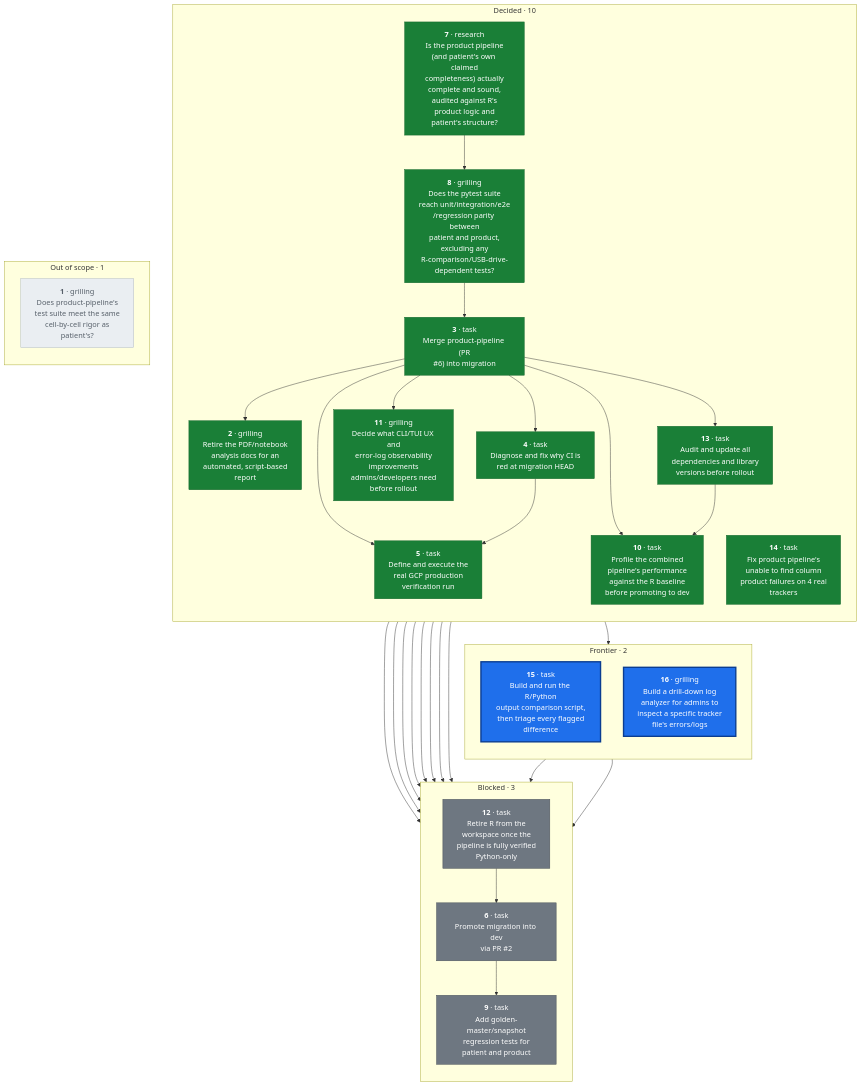
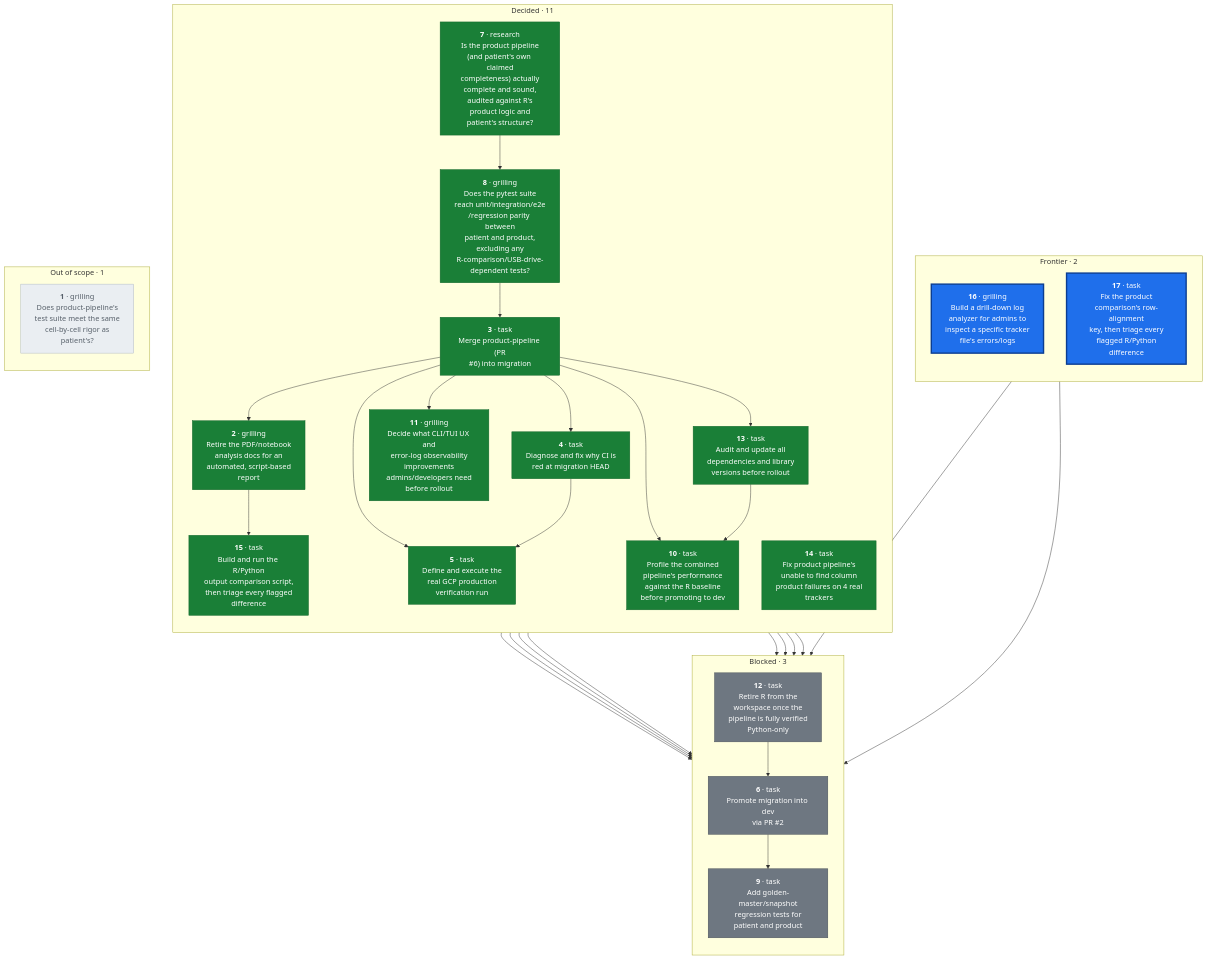
One commit to CorrelAid/a4d changed the diagram in docs/wayfinder/graph.mmd. Above: the diagram before and after it, drawn with Mermaid. The commit also changed 13 other files, not shown here.

First line of the commit message:
Build R/Python output comparison script; find product row-alignment bug (ticket 15)

```diff
--- a/docs/wayfinder/graph.mmd
+++ b/docs/wayfinder/graph.mmd
@@ -1,62 +1,63 @@
 flowchart TD
   subgraph FRONTIER["Frontier · 2"]
     direction TB
-    T15["<b>15</b> · task<br/>Build and run the R/Python<br/>output comparison script,<br/>then triage every flagged<br/>difference"]
     T16["<b>16</b> · grilling<br/>Build a drill-down log<br/>analyzer for admins to<br/>inspect a specific tracker<br/>file's errors/logs"]
+    T17["<b>17</b> · task<br/>Fix the product<br/>comparison's row-alignment<br/>key, then triage every<br/>flagged R/Python<br/>difference"]
   end
   subgraph BLOCKED["Blocked · 3"]
     direction TB
     T6["<b>6</b> · task<br/>Promote migration into dev<br/>via PR #2"]
     T9["<b>9</b> · task<br/>Add golden-master/snapshot<br/>regression tests for<br/>patient and product"]
     T12["<b>12</b> · task<br/>Retire R from the<br/>workspace once the<br/>pipeline is fully verified<br/>Python-only"]
   end
-  subgraph DECIDED["Decided · 10"]
+  subgraph DECIDED["Decided · 11"]
     direction TB
     T2["<b>2</b> · grilling<br/>Retire the PDF/notebook<br/>analysis docs for an<br/>automated, script-based<br/>report"]
     T3["<b>3</b> · task<br/>Merge product-pipeline (PR<br/>#6) into migration"]
     T4["<b>4</b> · task<br/>Diagnose and fix why CI is<br/>red at migration HEAD"]
     T5["<b>5</b> · task<br/>Define and execute the<br/>real GCP production<br/>verification run"]
     T7["<b>7</b> · research<br/>Is the product pipeline<br/>(and patient's own claimed<br/>completeness) actually<br/>complete and sound,<br/>audited against R's<br/>product logic and<br/>patient's structure?"]
     T8["<b>8</b> · grilling<br/>Does the pytest suite<br/>reach unit/integration/e2e<br/>/regression parity between<br/>patient and product,<br/>excluding any<br/>R-comparison/USB-drive-<br/>dependent tests?"]
     T10["<b>10</b> · task<br/>Profile the combined<br/>pipeline's performance<br/>against the R baseline<br/>before promoting to dev"]
     T11["<b>11</b> · grilling<br/>Decide what CLI/TUI UX and<br/>error-log observability<br/>improvements<br/>admins/developers need<br/>before rollout"]
     T13["<b>13</b> · task<br/>Audit and update all<br/>dependencies and library<br/>versions before rollout"]
     T14["<b>14</b> · task<br/>Fix product pipeline's<br/>unable to find column<br/>product failures on 4 real<br/>trackers"]
+    T15["<b>15</b> · task<br/>Build and run the R/Python<br/>output comparison script,<br/>then triage every flagged<br/>difference"]
   end
   subgraph DROPPED["Out of scope · 1"]
     direction TB
     T1["<b>1</b> · grilling<br/>Does product-pipeline's<br/>test suite meet the same<br/>cell-by-cell rigor as<br/>patient's?"]
   end
 
   T2 --> T15
   T3 --> T2
   T3 --> T4
   T3 --> T5
   T3 --> T6
   T3 --> T10
   T3 --> T11
   T3 --> T13
   T4 --> T5
   T4 --> T6
   T5 --> T6
   T6 --> T9
   T7 --> T8
   T8 --> T3
   T8 --> T6
   T10 --> T6
   T11 --> T6
   T12 --> T6
   T13 --> T6
   T13 --> T10
   T14 --> T6
-  T15 --> T6
-  T15 --> T12
+  T17 --> T6
+  T17 --> T12
 
   classDef frontier fill:#1f6feb,stroke:#0b3d91,stroke-width:3px,color:#ffffff
-  class T15,T16 frontier
+  class T16,T17 frontier
   classDef blocked fill:#6e7781,stroke:#424a53,stroke-width:1px,color:#ffffff
   class T6,T9,T12 blocked
   classDef decided fill:#1a7f37,stroke:#116329,stroke-width:1px,color:#ffffff
-  class T2,T3,T4,T5,T7,T8,T10,T11,T13,T14 decided
+  class T2,T3,T4,T5,T7,T8,T10,T11,T13,T14,T15 decided
   classDef dropped fill:#eaeef2,stroke:#afb8c1,stroke-width:1px,color:#57606a
   class T1 dropped
```
